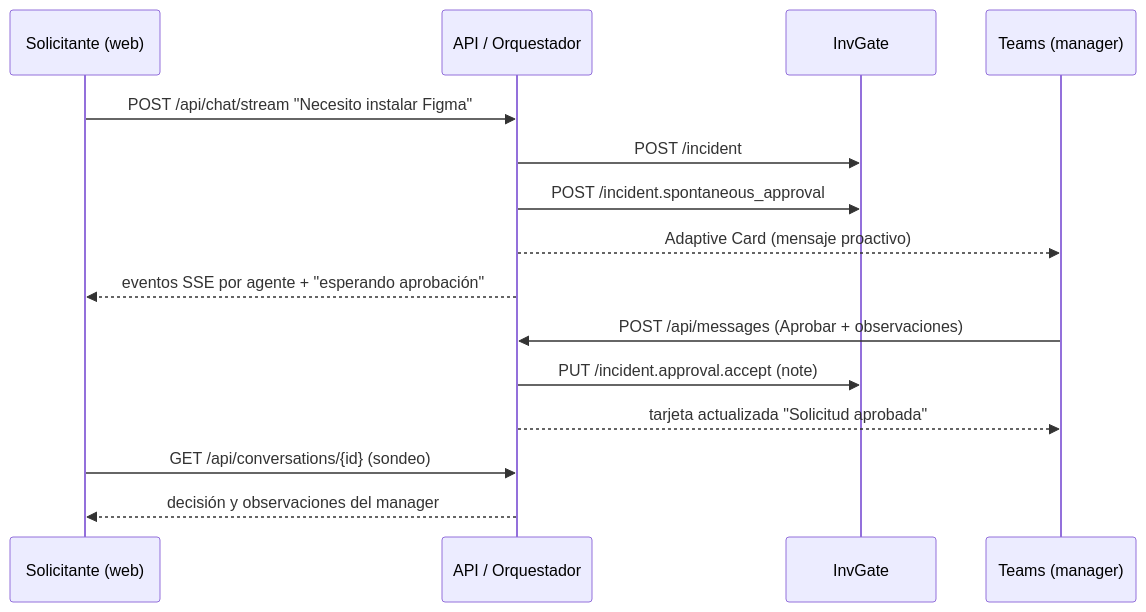
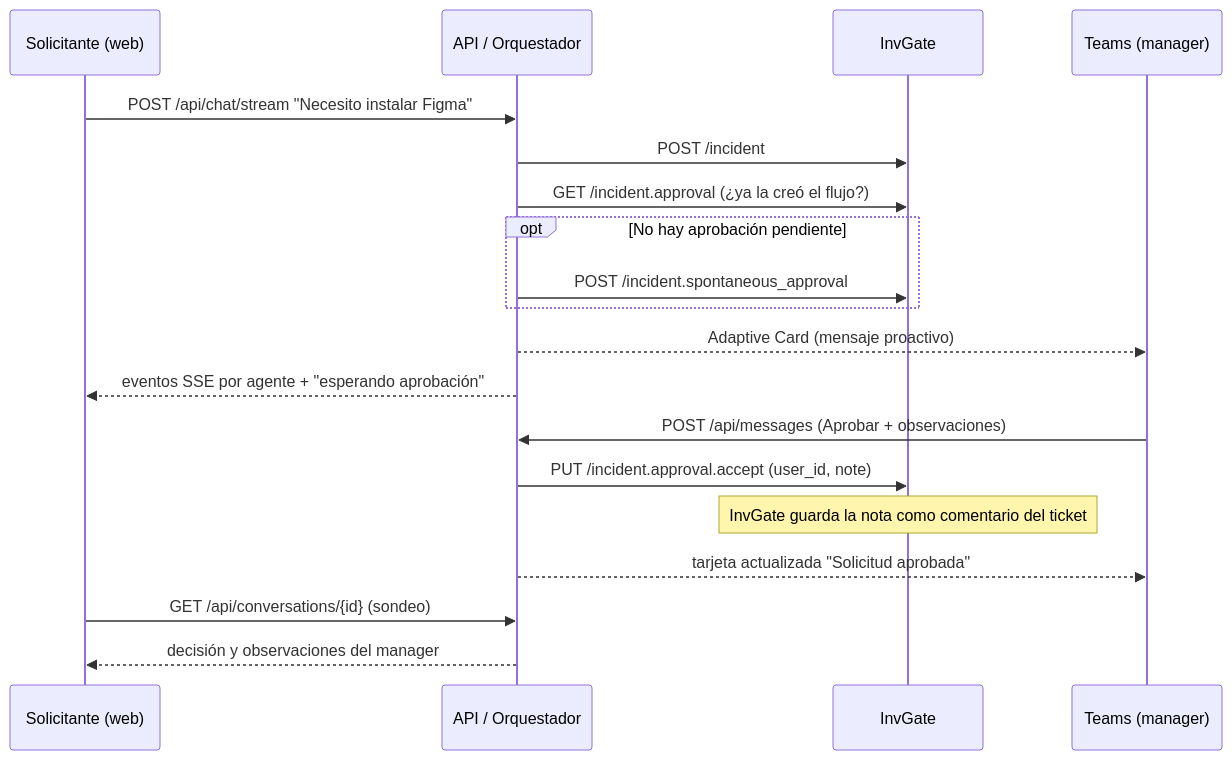
One commit to ABRAHAMCIMAT/PoC_InvGate changed the first of 2 diagrams in docs/ARQUITECTURA_C4.md. Above: the diagram before and after it, drawn with Mermaid. The commit also changed other lines of this file and 9 other files, not shown here.

````diff
--- a/docs/ARQUITECTURA_C4.md
+++ b/docs/ARQUITECTURA_C4.md
@@ -38,17 +40,21 @@
 ```mermaid
 sequenceDiagram
     participant S as Solicitante (web)
     participant A as API / Orquestador
     participant I as InvGate
     participant T as Teams (manager)
     S->>A: POST /api/chat/stream "Necesito instalar Figma"
     A->>I: POST /incident
-    A->>I: POST /incident.spontaneous_approval
+    A->>I: GET /incident.approval (¿ya la creó el flujo?)
+    opt No hay aprobación pendiente
+        A->>I: POST /incident.spontaneous_approval
+    end
     A-->>T: Adaptive Card (mensaje proactivo)
     A-->>S: eventos SSE por agente + "esperando aprobación"
     T->>A: POST /api/messages (Aprobar + observaciones)
-    A->>I: PUT /incident.approval.accept (note)
+    A->>I: PUT /incident.approval.accept (user_id, note)
+    Note over I: InvGate guarda la nota como comentario del ticket
     A-->>T: tarjeta actualizada "Solicitud aprobada"
     S->>A: GET /api/conversations/{id} (sondeo)
     A-->>S: decisión y observaciones del manager
 ```
````
